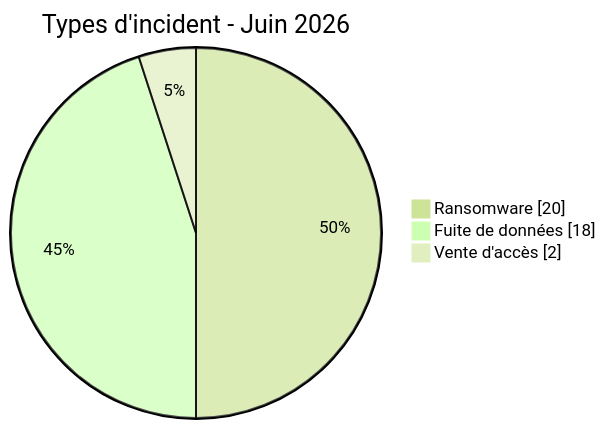
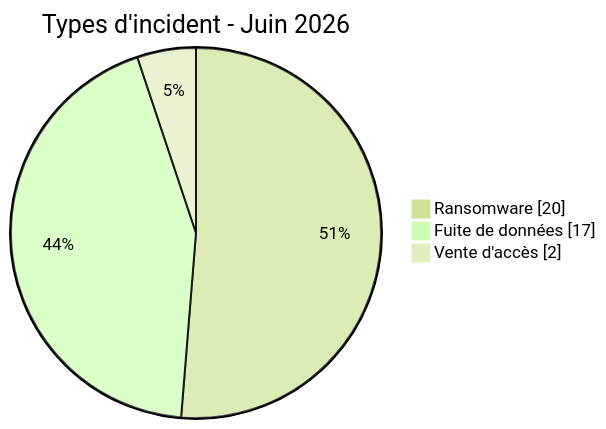
One commit to Hatchepsoute/AFRINTEL changed the first of 9 diagrams in CyberAttackAfrica/2026/06-june/README_FR.md. Above: the diagram before and after it, drawn with Mermaid (forest theme). The commit also changed other lines of this file and 30 other files, not shown here.

````diff
--- a/CyberAttackAfrica/2026/06-june/README_FR.md
+++ b/CyberAttackAfrica/2026/06-june/README_FR.md
@@ -76,7 +76,7 @@
 ```mermaid
 pie showData
     title Types d'incident - Juin 2026
     "Ransomware" : 20
-    "Fuite de données" : 18
+    "Fuite de données" : 17
     "Vente d'accès" : 2
 ```
````
